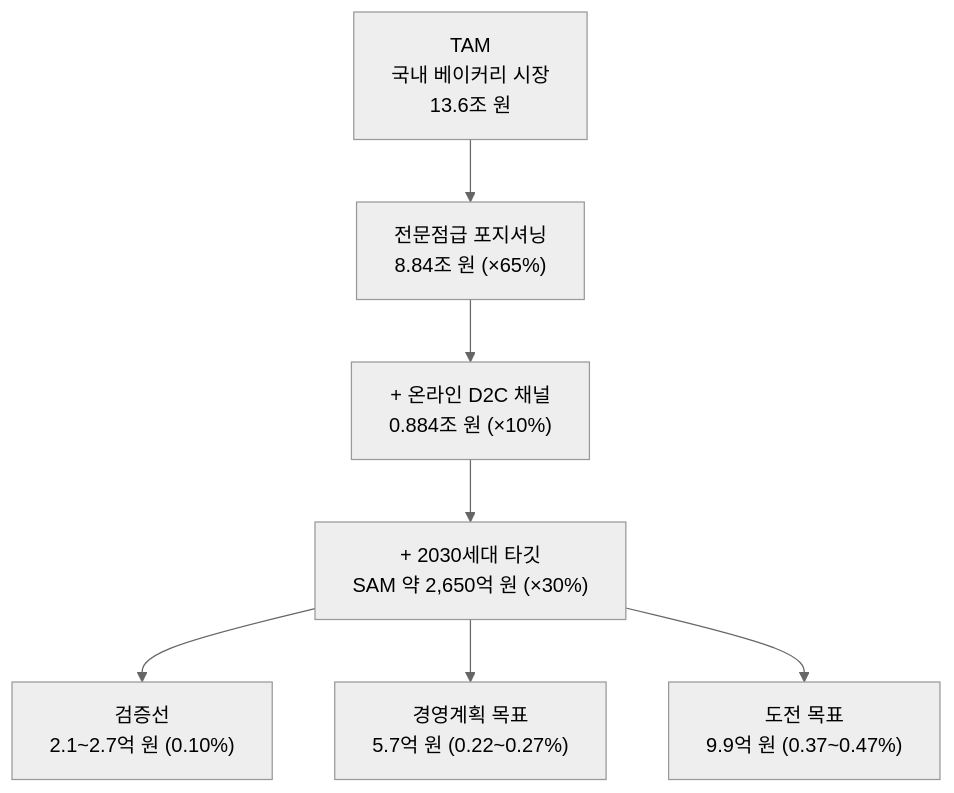
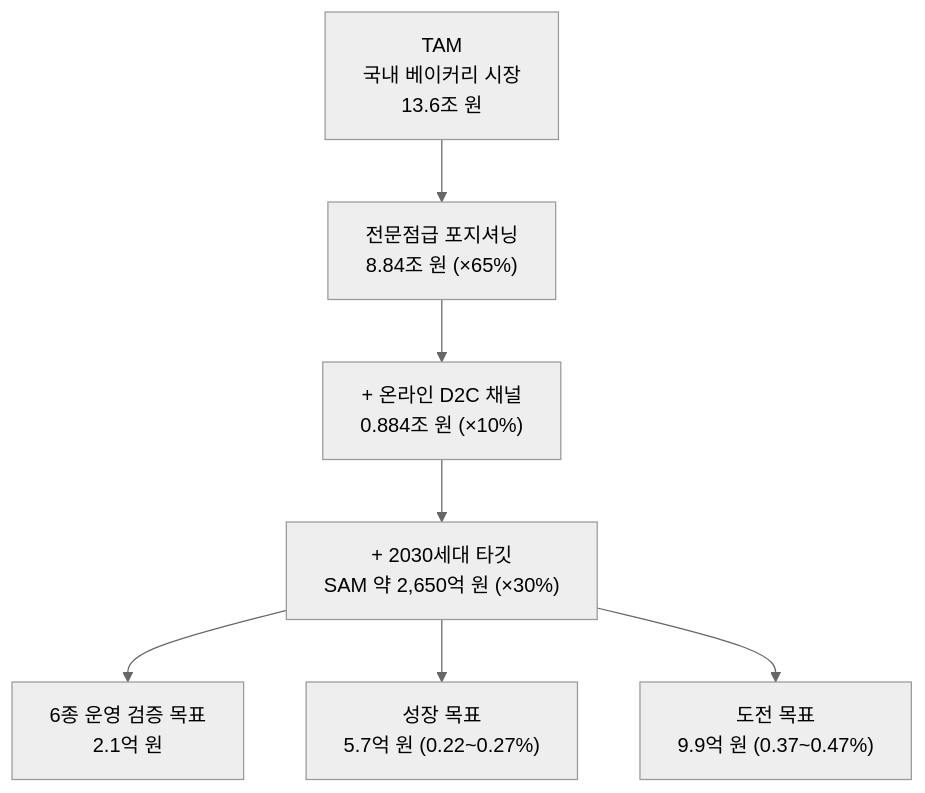
One commit to jennie-brain/makji-personal changed the first of 2 diagrams in makji-personal/docs/06_market_analysis/04_TAM_SAM_SOM.md. Above: the diagram before and after it, drawn with Mermaid (neutral theme). The commit also changed other lines of this file and 3 other files, not shown here.

````diff
--- a/makji-personal/docs/06_market_analysis/04_TAM_SAM_SOM.md
+++ b/makji-personal/docs/06_market_analysis/04_TAM_SAM_SOM.md
@@ -38,9 +38,9 @@
 ```mermaid
 flowchart TD
     A["TAM<br/>국내 베이커리 시장<br/>13.6조 원"] --> B["전문점급 포지셔닝<br/>8.84조 원 (×65%)"]
     B --> C["+ 온라인 D2C 채널<br/>0.884조 원 (×10%)"]
     C --> D["+ 2030세대 타깃<br/>SAM 약 2,650억 원 (×30%)"]
-    D --> E["검증선<br/>2.1~2.7억 원 (0.10%)"]
-    D --> F["경영계획 목표<br/>5.7억 원 (0.22~0.27%)"]
+    D --> E["6종 운영 검증 목표<br/>2.1억 원"]
+    D --> F["성장 목표<br/>5.7억 원 (0.22~0.27%)"]
     D --> G["도전 목표<br/>9.9억 원 (0.37~0.47%)"]
 ```
````
